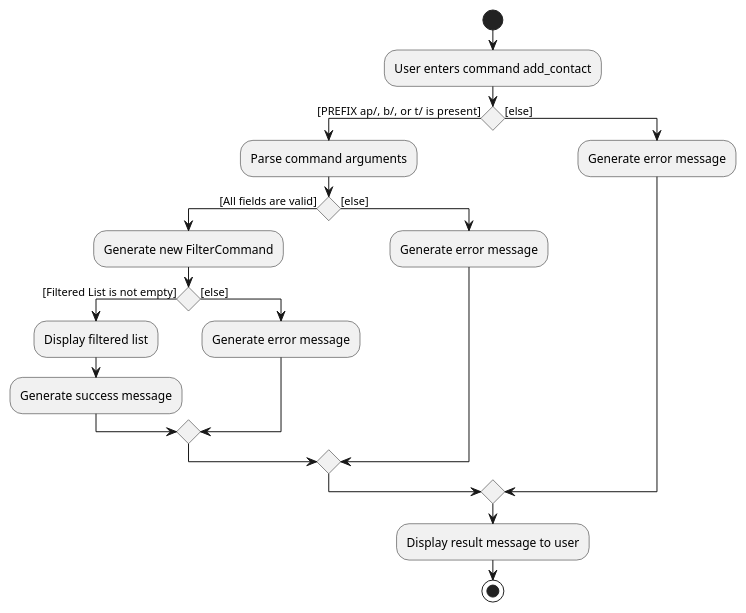
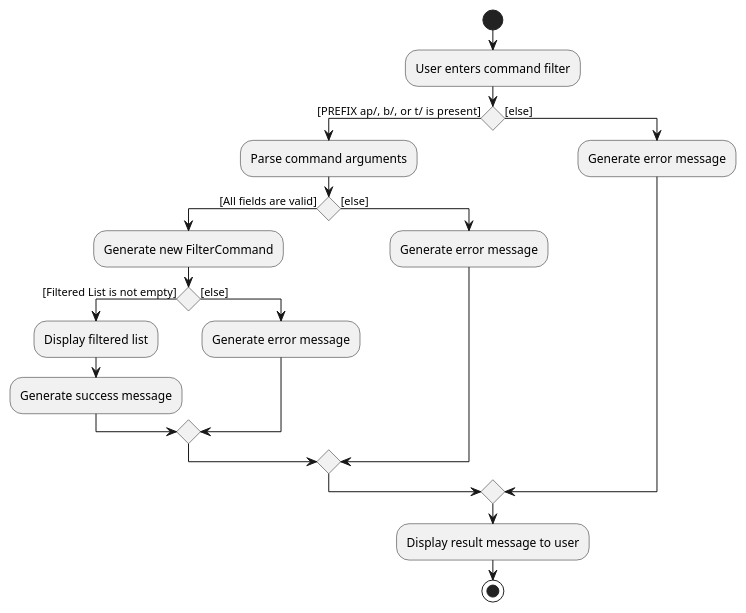
The diagram in docs/diagrams/FilterActivityDiagram.puml (nus-cs2103-AY2425S1/tp), drawn with PlantUML before and after one commit.

Commit message:
Resolve typo

```diff
--- a/docs/diagrams/FilterActivityDiagram.puml
+++ b/docs/diagrams/FilterActivityDiagram.puml
@@ -1,22 +1,22 @@
 @startuml
 start
-:User enters command add_contact;
+:User enters command filter;
 if () then ([PREFIX ap/,  b/, or t/ is present])
     :Parse command arguments;
     if () then ([All fields are valid])
             :Generate new FilterCommand;
             if () then ([Filtered List is not empty])
                     :Display filtered list;
                     :Generate success message;
                 else ([else])
                 :Generate error message;
                 endif
         else ([else])
         :Generate error message;
         endif
     else ([else])
     :Generate error message;
 endif
 :Display result message to user;
 stop
 @enduml
```
